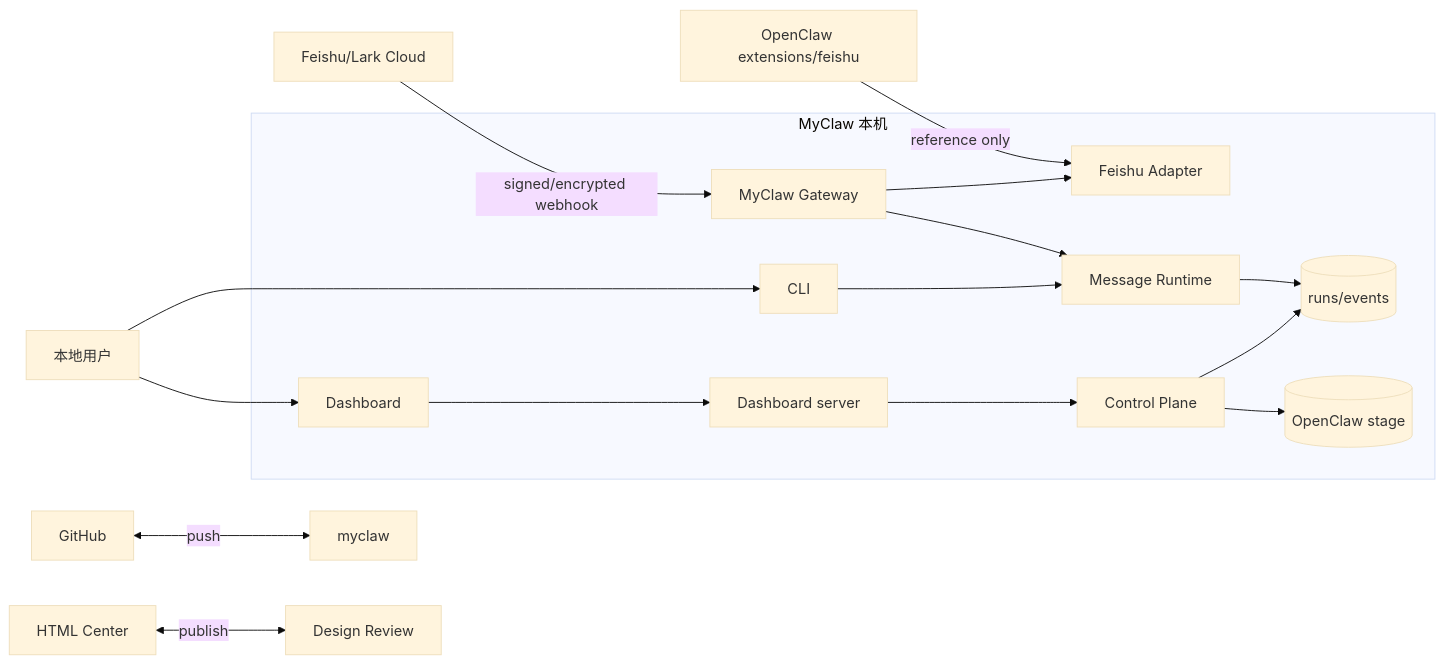
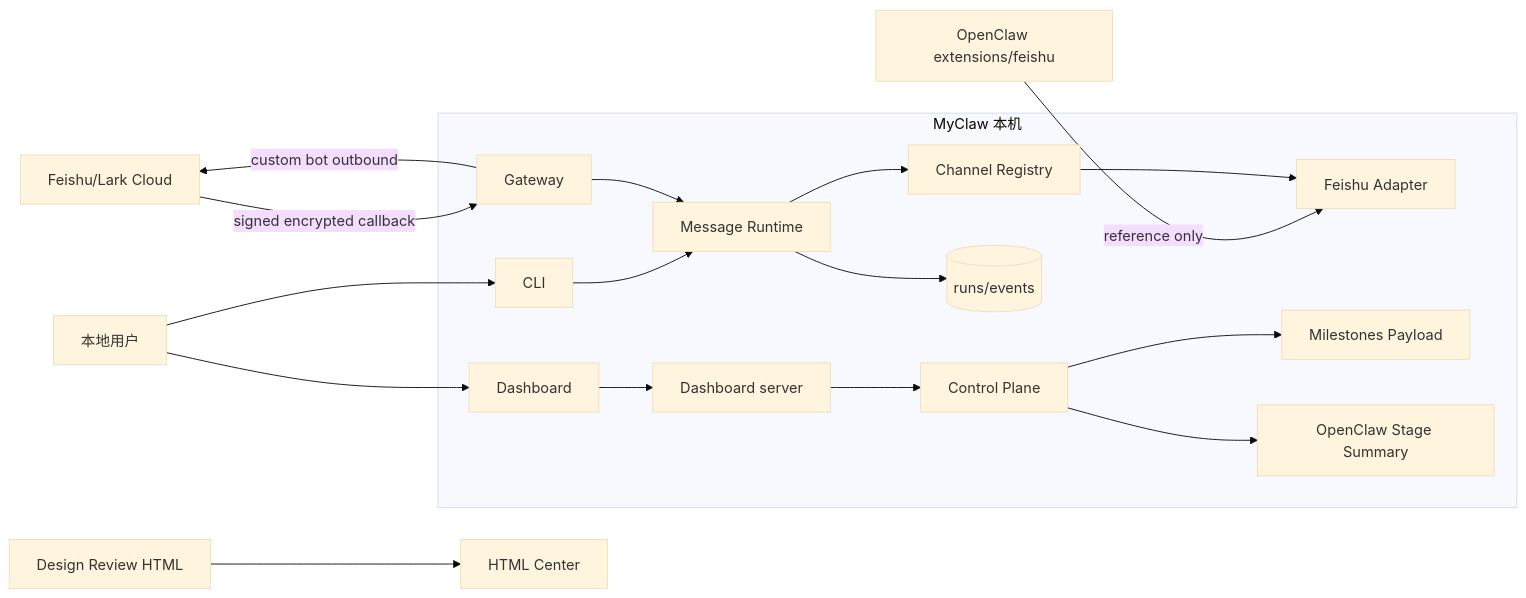
The first of 8 diagrams in docs/implementation-architecture.md (mayf3/myclaw), drawn with Mermaid (base theme) before and after one commit. The commit also changed other lines of this file and 29 other files, not shown here.

Commit message:
feat: add phase milestones and feishu outbound facade

````diff
--- a/docs/implementation-architecture.md
+++ b/docs/implementation-architecture.md
@@ -44,20 +53,21 @@
 ```mermaid
 flowchart LR
-  Feishu[Feishu/Lark Cloud] -->|signed/encrypted webhook| Gateway[MyClaw Gateway]
+  User[本地用户] --> CLI[CLI]
+  User --> Browser[Dashboard]
+  Feishu[Feishu/Lark Cloud] -->|signed encrypted callback| Gateway[Gateway]
+  Gateway -->|custom bot outbound| Feishu
   OpenClaw[OpenClaw extensions/feishu] -->|reference only| Adapter[Feishu Adapter]
-  User[本地用户] --> Browser[Dashboard]
-  User --> CLI[CLI]
-  GitHub[GitHub] <-->|push| Repo[myclaw]
-  HtmlCenter[HTML Center] <-->|publish| Reports[Design Review]
+  Reports[Design Review HTML] --> HtmlCenter[HTML Center]
 
   subgraph Local[MyClaw 本机]
-    Gateway --> Adapter
-    Gateway --> Runtime[Message Runtime]
+    CLI --> Runtime[Message Runtime]
+    Gateway --> Runtime
+    Runtime --> Channels[Channel Registry]
+    Channels --> Adapter
     Runtime --> State[(runs/events)]
     Browser --> Dashboard[Dashboard server]
     Dashboard --> Control[Control Plane]
-    Control --> State
-    Control --> Stage[(OpenClaw stage)]
-    CLI --> Runtime
+    Control --> Milestones[Milestones Payload]
+    Control --> StageSummary[OpenClaw Stage Summary]
   end
 ```
````
